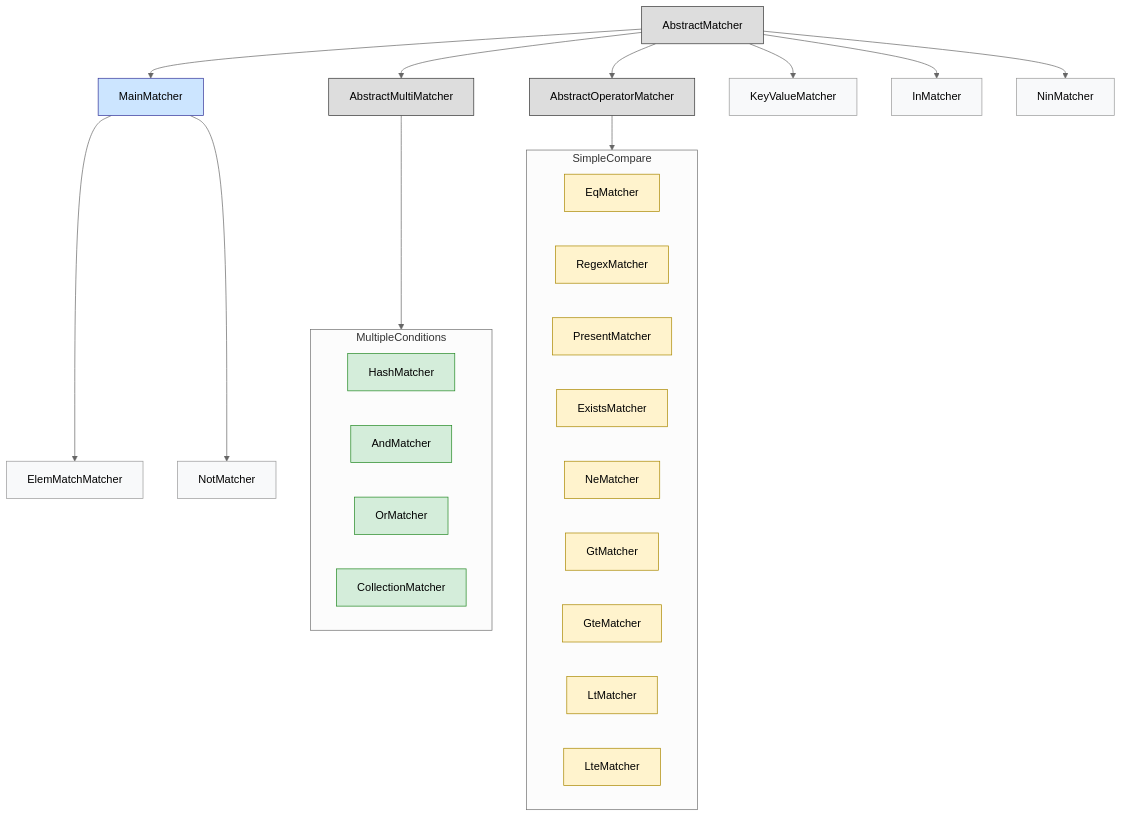
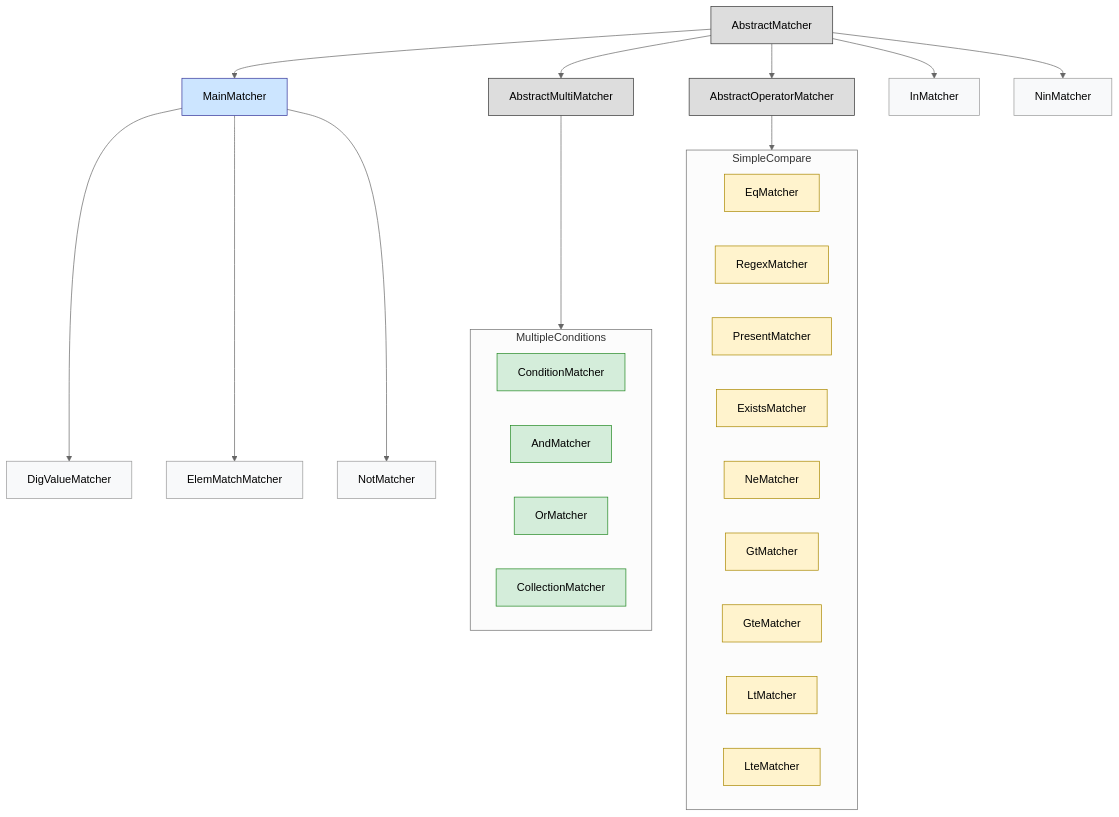
Before and after one commit to koten0224/mongory: the diagram in lib/mongory/matchers/README.md, drawn with Mermaid. The commit also changed 9 other files, not shown here.

First line of the commit message:
refactor(matcher): simplify and rename hash/key matchers

````diff
--- a/lib/mongory/matchers/README.md
+++ b/lib/mongory/matchers/README.md
@@ -3,55 +3,55 @@
 ```mermaid
 ---
 config:
   theme: neutral
   look: classic
 ---
 
 graph TD
   %% style blocks
   classDef abstract fill:#ddd,stroke:#333,stroke-width:1px,color:#000;
   classDef main fill:#cce5ff,stroke:#339,stroke-width:1px;
   classDef multi fill:#d4edda,stroke:#282,stroke-width:1px;
   classDef operator fill:#fff3cd,stroke:#aa8800,stroke-width:1px;
   classDef leaf fill:#f8f9fa,stroke:#999,stroke-width:1px;
 
   %% Abstract base classes
   A[AbstractMatcher]
   C[AbstractMultiMatcher]
   D[AbstractOperatorMatcher]
 
   subgraph MultipleConditions
-    F[HashMatcher]
+    F[ConditionMatcher]
     I[AndMatcher]
     J[OrMatcher]
     W[CollectionMatcher]
   end
 
   subgraph SimpleCompare
     E[EqMatcher]
     K[RegexMatcher]
     L[PresentMatcher]
     M[ExistsMatcher]
     O[NeMatcher]
     Q[GtMatcher]
     R[GteMatcher]
     S[LtMatcher]
     T[LteMatcher]
   end
 
   A --> B[MainMatcher]
-  A --> G[KeyValueMatcher]
   A --> U[InMatcher]
   A --> V[NinMatcher]
   A --> C --> MultipleConditions
   A --> D --> SimpleCompare
+  B --> G[DigValueMatcher]
   B --> H[ElemMatchMatcher]
   B --> N[NotMatcher]
 
   %% Apply classes
   class A,C,D abstract;
   class B main;
   class F,I,J,W multi;
   class E,K,L,M,O,Q,R,S,T operator;
   class G,U,V,H,N leaf;
 ```
````
